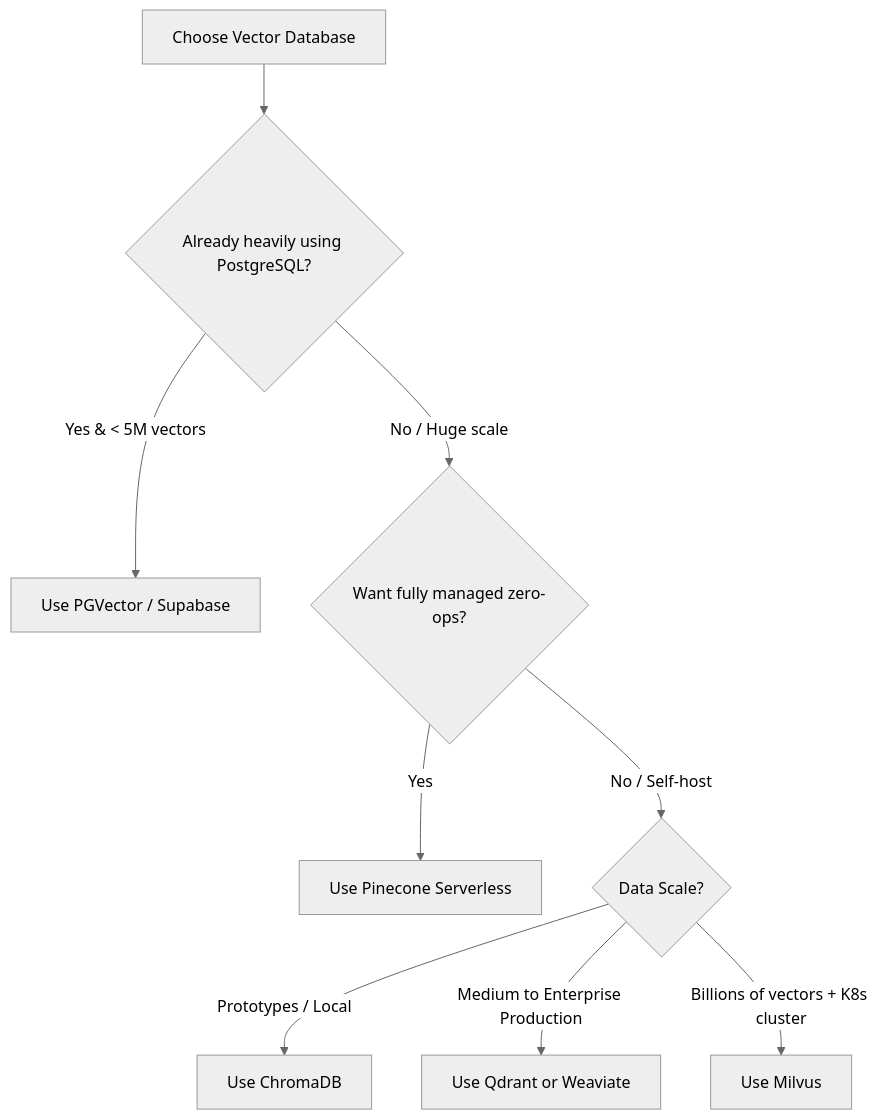
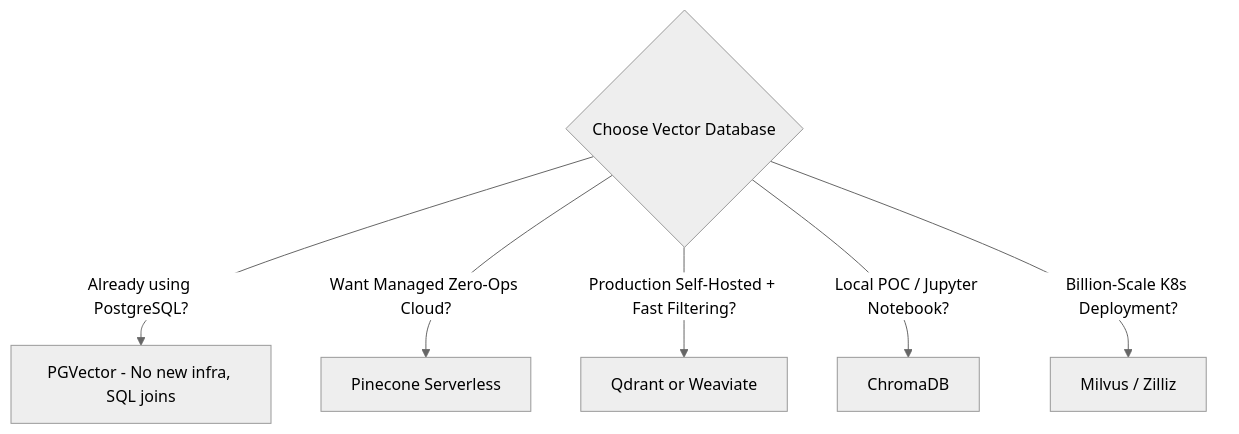
Before and after one commit to Nishant8826/theory-leaning: the eighth of 31 diagrams in RAG/01_RAG_30_Questions.md, drawn with Mermaid (neutral theme). The commit also changed other lines of this file and 2 other files, not shown here.

````diff
--- a/RAG/01_RAG_30_Questions.md
+++ b/RAG/01_RAG_30_Questions.md
@@ -571,11 +505,9 @@
 ```mermaid
 graph TD
-    Start[Choose Vector Database] --> Stack{Already heavily using PostgreSQL?}
-    Stack -->|Yes & < 5M vectors| PGV[Use PGVector / Supabase]
-    Stack -->|No / Huge scale| Cloud{Want fully managed zero-ops?}
-    Cloud -->|Yes| PC[Use Pinecone Serverless]
-    Cloud -->|No / Self-host| Scale{Data Scale?}
-    Scale -->|Prototypes / Local| CHR[Use ChromaDB]
-    Scale -->|Medium to Enterprise Production| QDR[Use Qdrant or Weaviate]
-    Scale -->|Billions of vectors + K8s cluster| MIL[Use Milvus]
+    DB{Choose Vector Database}
+    DB -->|Already using PostgreSQL?| P1[PGVector - No new infra, SQL joins]
+    DB -->|Want Managed Zero-Ops Cloud?| P2[Pinecone Serverless]
+    DB -->|Production Self-Hosted + Fast Filtering?| P3[Qdrant or Weaviate]
+    DB -->|Local POC / Jupyter Notebook?| P4[ChromaDB]
+    DB -->|Billion-Scale K8s Deployment?| P5[Milvus / Zilliz]
 ```
````
